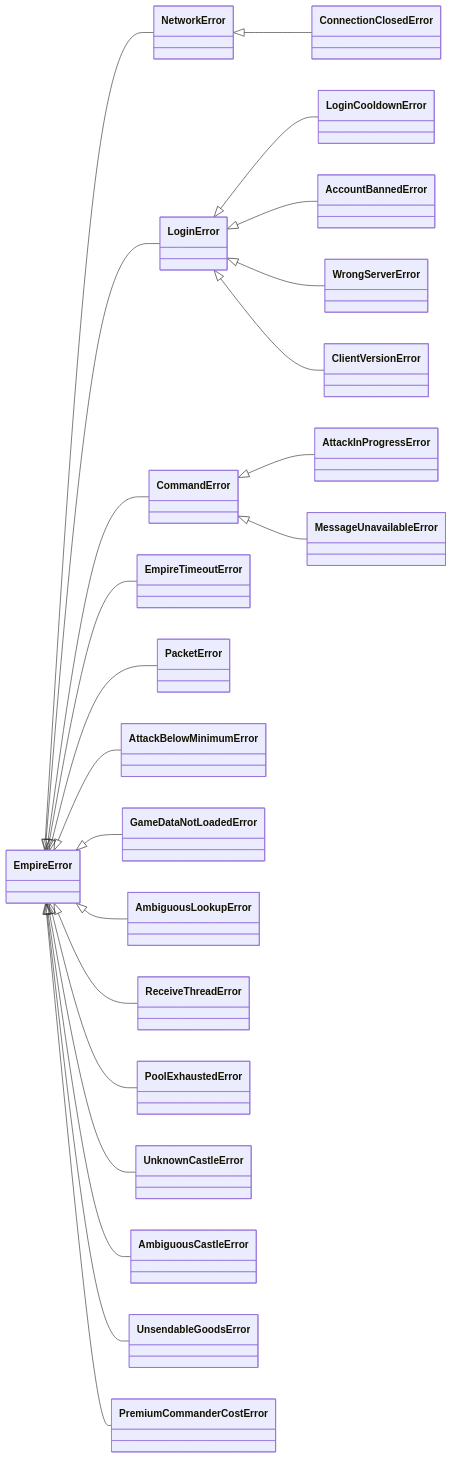
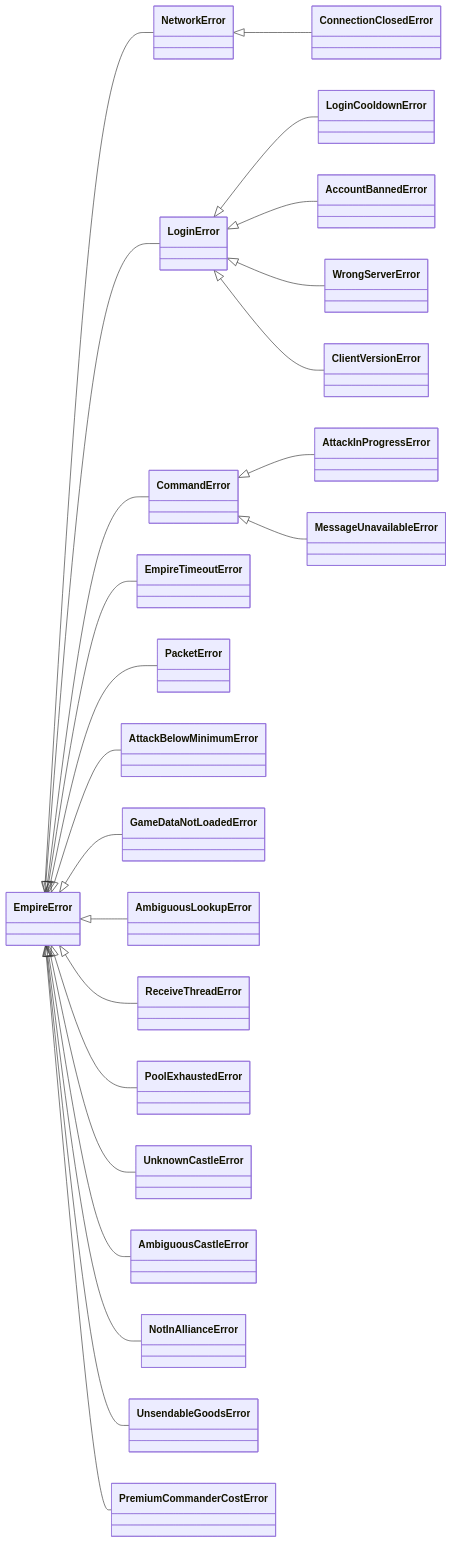
Before and after one commit to caluoxd/EmpireCore: the diagram in docs/guides/errors.md, drawn with Mermaid. The commit also changed other lines of this file and 33 other files, not shown here.

````diff
--- a/docs/guides/errors.md
+++ b/docs/guides/errors.md
@@ -32,25 +32,26 @@
 ```mermaid
 classDiagram
     direction LR
     EmpireError <|-- NetworkError
     NetworkError <|-- ConnectionClosedError
     EmpireError <|-- LoginError
     LoginError <|-- LoginCooldownError
     LoginError <|-- AccountBannedError
     LoginError <|-- WrongServerError
     LoginError <|-- ClientVersionError
     EmpireError <|-- CommandError
     CommandError <|-- AttackInProgressError
     CommandError <|-- MessageUnavailableError
     EmpireError <|-- EmpireTimeoutError
     EmpireError <|-- PacketError
     EmpireError <|-- AttackBelowMinimumError
     EmpireError <|-- GameDataNotLoadedError
     EmpireError <|-- AmbiguousLookupError
     EmpireError <|-- ReceiveThreadError
     EmpireError <|-- PoolExhaustedError
     EmpireError <|-- UnknownCastleError
     EmpireError <|-- AmbiguousCastleError
+    EmpireError <|-- NotInAllianceError
     EmpireError <|-- UnsendableGoodsError
     EmpireError <|-- PremiumCommanderCostError
 ```
````
